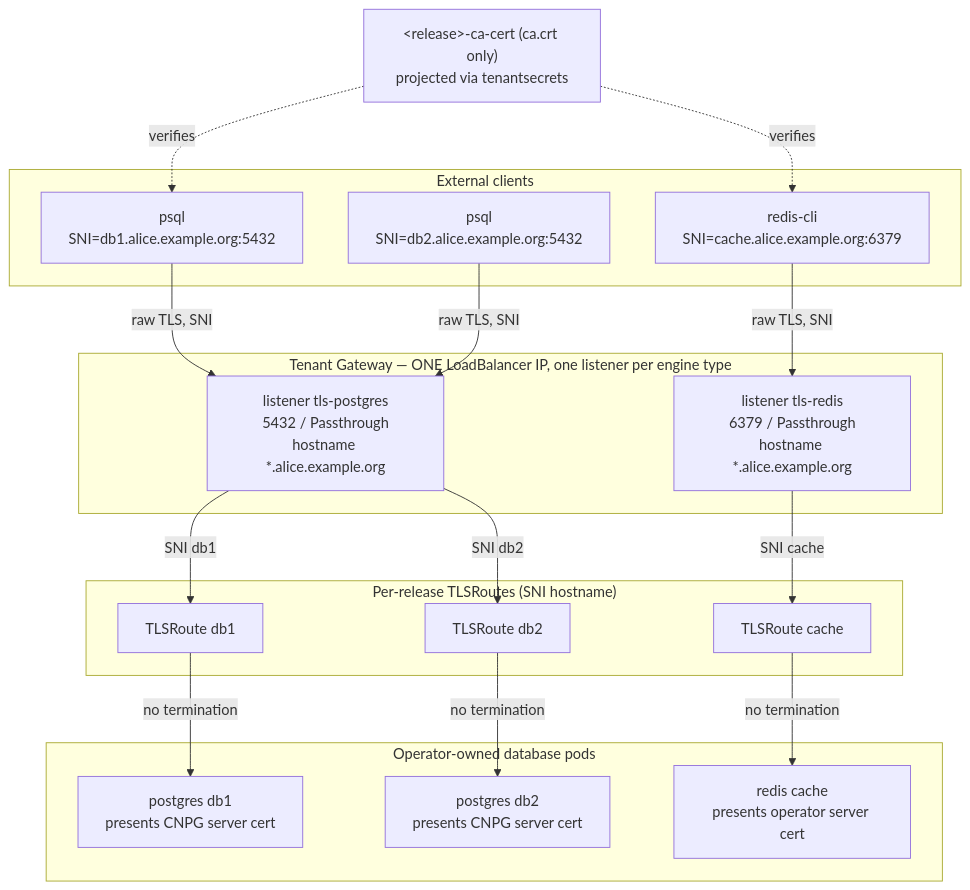
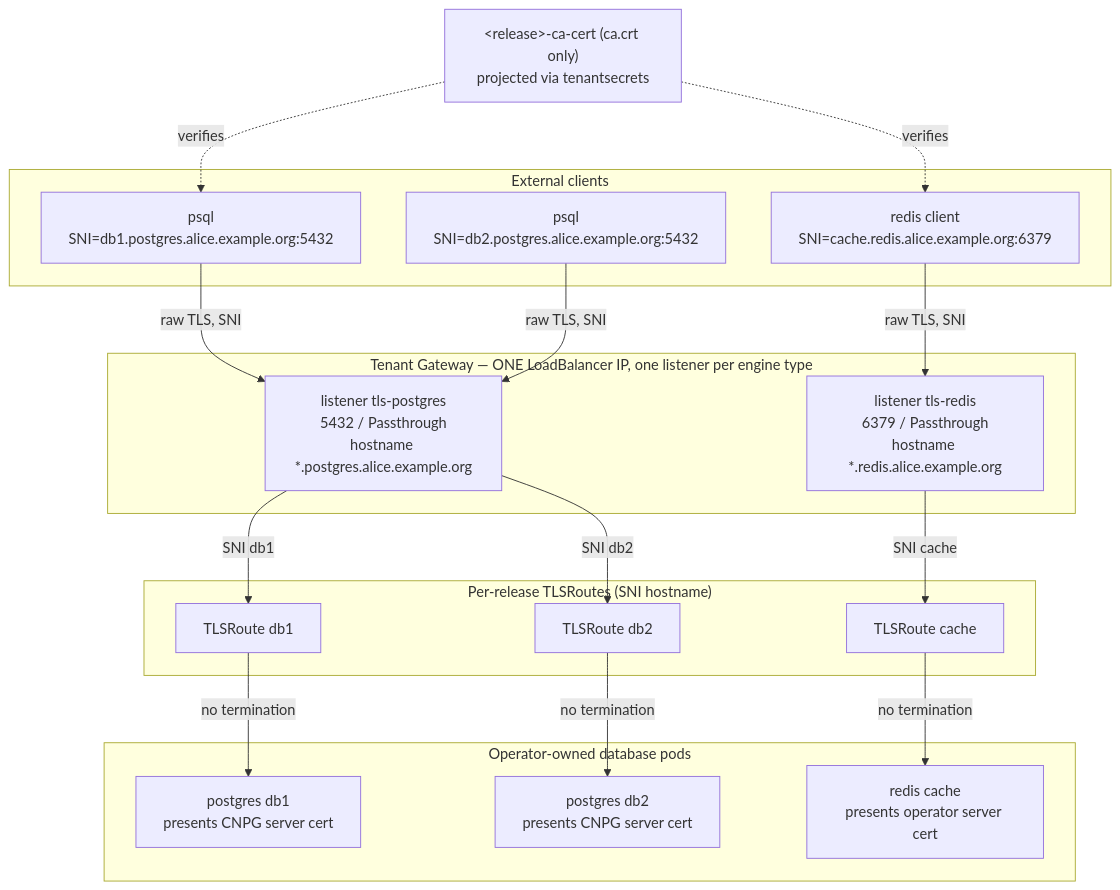
The diagram in design-proposals/external-database-exposure/README.md (cozystack/community), drawn with Mermaid before and after one commit. The commit also changed other lines of this file, not shown here.

````diff
--- a/design-proposals/external-database-exposure/README.md
+++ b/design-proposals/external-database-exposure/README.md
@@ -80,31 +89,31 @@
 ```mermaid
 flowchart TB
   subgraph ext["External clients"]
-    C1["psql<br/>SNI=db1.alice.example.org:5432"]
-    C2["psql<br/>SNI=db2.alice.example.org:5432"]
-    C3["redis-cli<br/>SNI=cache.alice.example.org:6379"]
+    C1["psql<br/>SNI=db1.postgres.alice.example.org:5432"]
+    C2["psql<br/>SNI=db2.postgres.alice.example.org:5432"]
+    C3["redis client<br/>SNI=cache.redis.alice.example.org:6379"]
   end
   subgraph gw["Tenant Gateway — ONE LoadBalancer IP, one listener per engine type"]
-    L1["listener tls-postgres<br/>5432 / Passthrough<br/>hostname *.alice.example.org"]
-    L2["listener tls-redis<br/>6379 / Passthrough<br/>hostname *.alice.example.org"]
+    L1["listener tls-postgres<br/>5432 / Passthrough<br/>hostname *.postgres.alice.example.org"]
+    L2["listener tls-redis<br/>6379 / Passthrough<br/>hostname *.redis.alice.example.org"]
   end
   subgraph rt["Per-release TLSRoutes (SNI hostname)"]
     R1["TLSRoute db1"]
     R2["TLSRoute db2"]
     R3["TLSRoute cache"]
   end
   subgraph pods["Operator-owned database pods"]
     P1["postgres db1<br/>presents CNPG server cert"]
     P2["postgres db2<br/>presents CNPG server cert"]
     P3["redis cache<br/>presents operator server cert"]
   end
   CA["&lt;release&gt;-ca-cert (ca.crt only)<br/>projected via tenantsecrets"]
   C1 -->|"raw TLS, SNI"| L1
   C2 -->|"raw TLS, SNI"| L1
   C3 -->|"raw TLS, SNI"| L2
   L1 -->|"SNI db1"| R1 -->|"no termination"| P1
   L1 -->|"SNI db2"| R2 -->|"no termination"| P2
   L2 -->|"SNI cache"| R3 -->|"no termination"| P3
   CA -.->|"verifies"| C1
   CA -.->|"verifies"| C3
 ```
````
